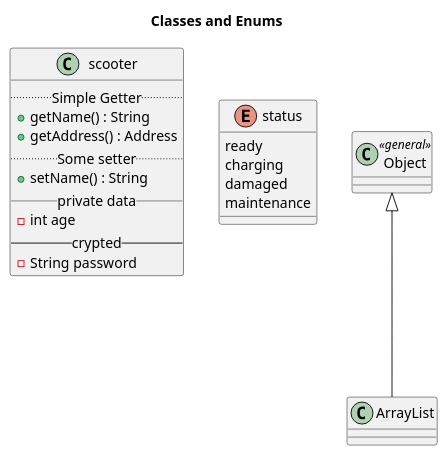
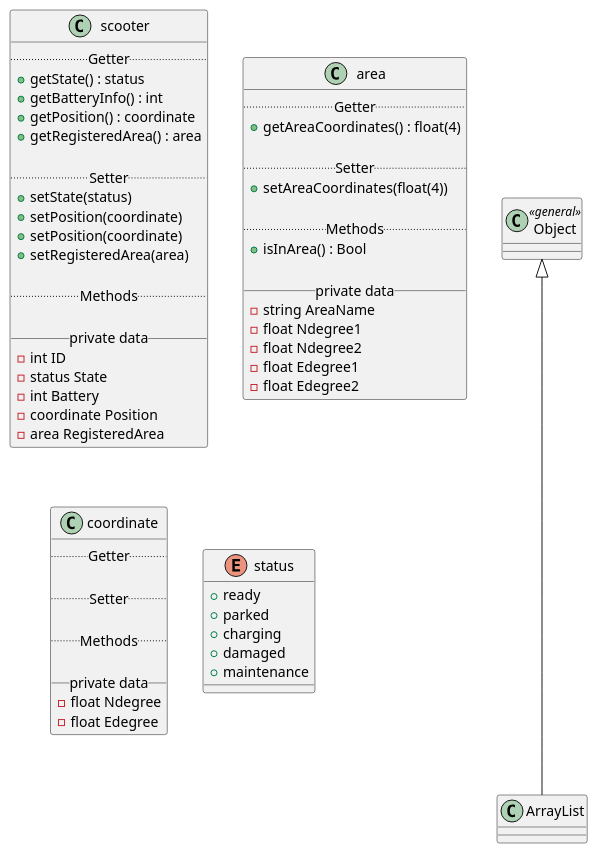
The diagram in umldiagram.iuml (fh-erfurt/Scooter-MS), drawn with PlantUML before and after one commit. The commit also changed 1 other file, not shown here.

Commit message:
updated UML and Enum

```diff
--- a/umldiagram.iuml
+++ b/umldiagram.iuml
@@ -1,36 +1,81 @@
 @startuml
 
 
 
-title Classes and Enums
 
 
 skinparam componentStyle uml2
 
 
 
 class scooter {
-  .. Simple Getter ..
-  + getName() : String
-  + getAddress() : Address
-  .. Some setter ..
-  + setName() : String
+  .. Getter ..
+  + getState() : status
+  + getBatteryInfo() : int
+  + getPosition() : coordinate
+  +getRegisteredArea() : area
+
+  .. Setter ..
+  + setState(status)
+  + setPosition(coordinate)
+  + setPosition(coordinate)
+  +setRegisteredArea(area)
+
+  .. Methods ..
+
   __ private data __
-  -int age
-  -- crypted --
-  -String password
+  -int ID
+  -status State
+  -int Battery
+  -coordinate Position
+  -area RegisteredArea
 }
 
+class area {
+  .. Getter ..
+  +getAreaCoordinates() : float(4)
+
+  .. Setter ..
+  +setAreaCoordinates(float(4))
+
+  .. Methods ..
+  +isInArea() : Bool
+
+  __ private data __
+  -string AreaName
+  -float Ndegree1
+  -float Ndegree2
+  -float Edegree1
+  -float Edegree2
+}
+
+
+
+class coordinate {
+  .. Getter ..
+
+  .. Setter ..
+
+  .. Methods ..
+
+  __ private data __
+  -float Ndegree
+  -float Edegree
+}
+
+
+
 enum status {
-ready
-charging
-damaged
-maintenance
+  +ready
+  +parked
+  +charging
+  +damaged
+  +maintenance
 }
 
 
 
 class Object << general >>
 Object <|--- ArrayList
 
 @enduml
```
